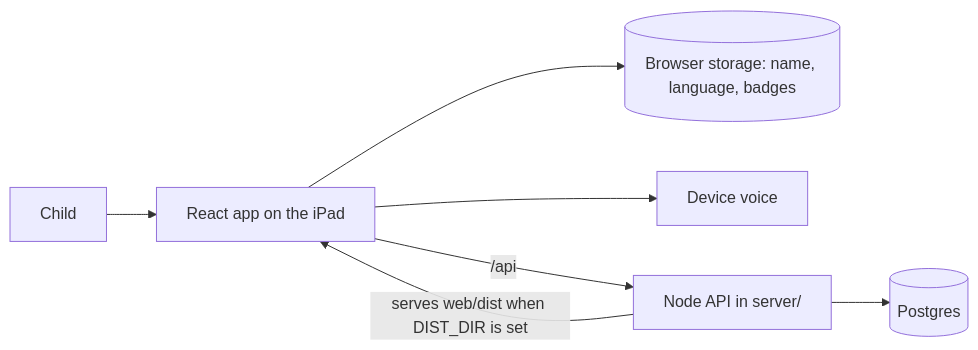
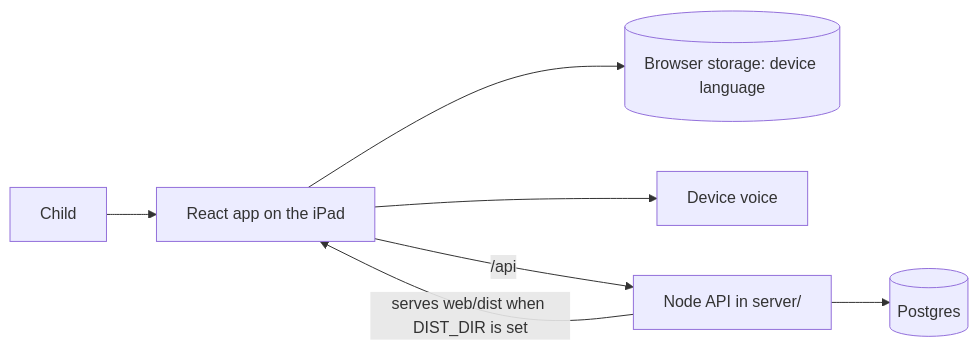
The diagram in ARCHITECTURE.md (sredhu37/ripples), drawn with Mermaid before and after one commit. The commit also changed other lines of this file and 41 other files, not shown here.

````diff
--- a/ARCHITECTURE.md
+++ b/ARCHITECTURE.md
@@ -7,9 +7,9 @@
 ```mermaid
 flowchart LR
   Child --> App[React app on the iPad]
-  App --> Store[(Browser storage: name, language, badges)]
+  App --> Store[(Browser storage: device language)]
   App --> Speech[Device voice]
   App -->|/api| API[Node API in server/]
   API -->|serves web/dist when DIST_DIR is set| App
   API --> DB[(Postgres)]
 ```
````
